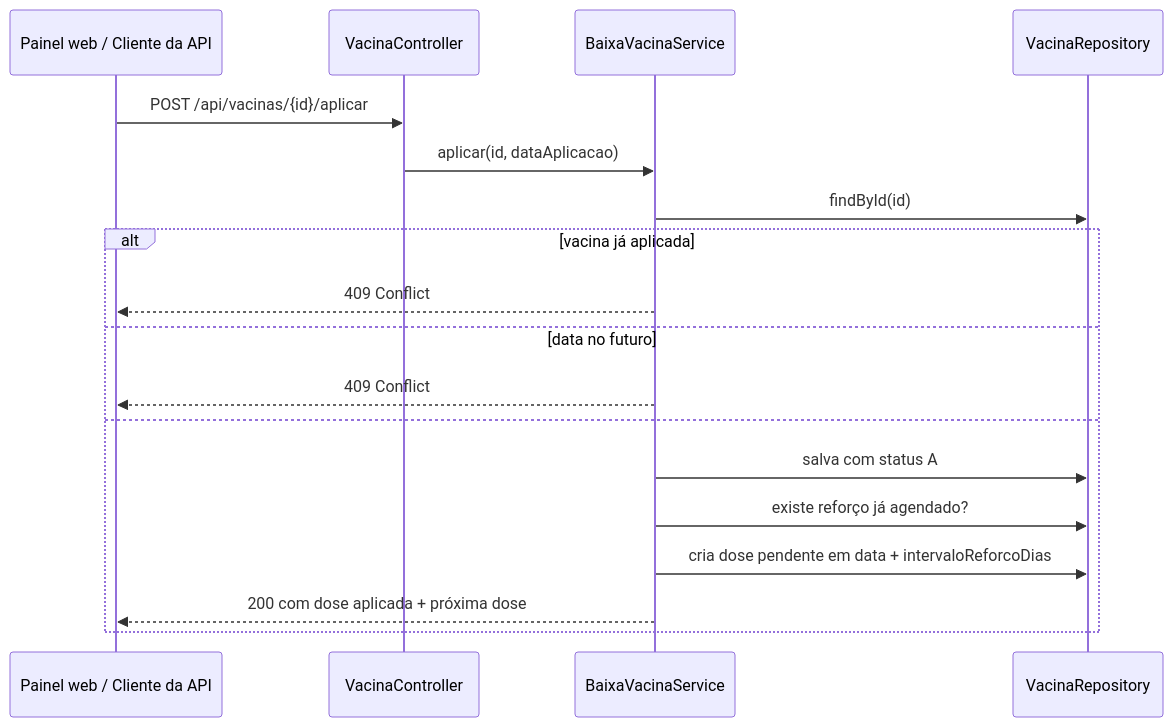
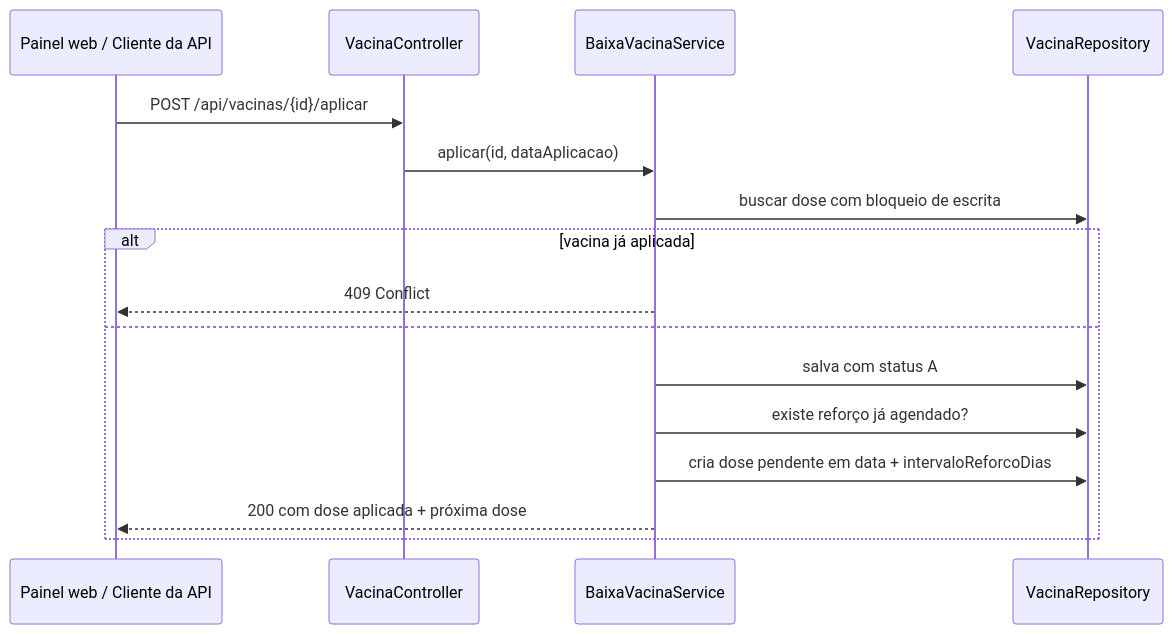
One commit to gabriel-g-dev/clyvovet-java changed the seventh of 7 diagrams in documents/diagramas.md. Above: the diagram before and after it, drawn with Mermaid. The commit also changed other lines of this file and 52 other files, not shown here.

````diff
--- a/documents/diagramas.md
+++ b/documents/diagramas.md
@@ -310,21 +313,19 @@
 ```mermaid
 sequenceDiagram
     participant Cli as Painel web / Cliente da API
     participant Ctrl as VacinaController
     participant Svc as BaixaVacinaService
     participant Repo as VacinaRepository
 
     Cli->>Ctrl: POST /api/vacinas/{id}/aplicar
     Ctrl->>Svc: aplicar(id, dataAplicacao)
-    Svc->>Repo: findById(id)
+    Svc->>Repo: buscar dose com bloqueio de escrita
     alt vacina já aplicada
-        Svc-->>Cli: 409 Conflict
-    else data no futuro
         Svc-->>Cli: 409 Conflict
     else
         Svc->>Repo: salva com status A
         Svc->>Repo: existe reforço já agendado?
         Svc->>Repo: cria dose pendente em data + intervaloReforcoDias
         Svc-->>Cli: 200 com dose aplicada + próxima dose
     end
 ```
````
